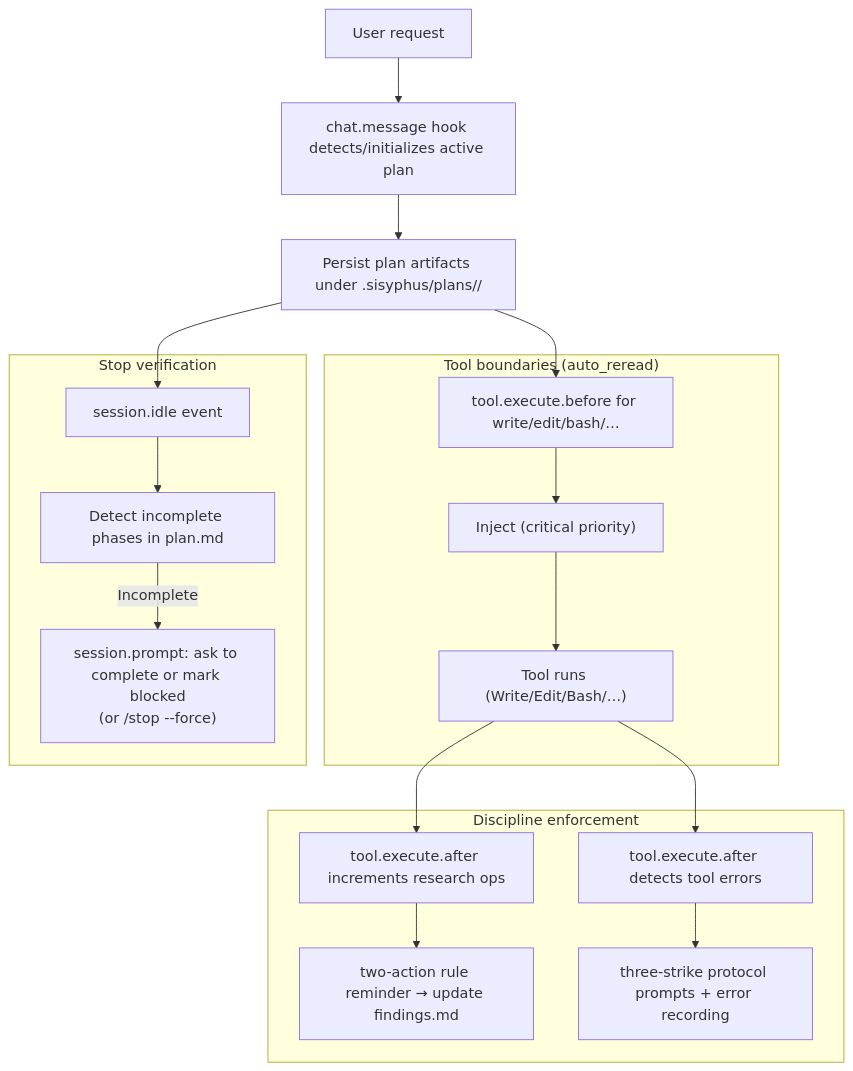
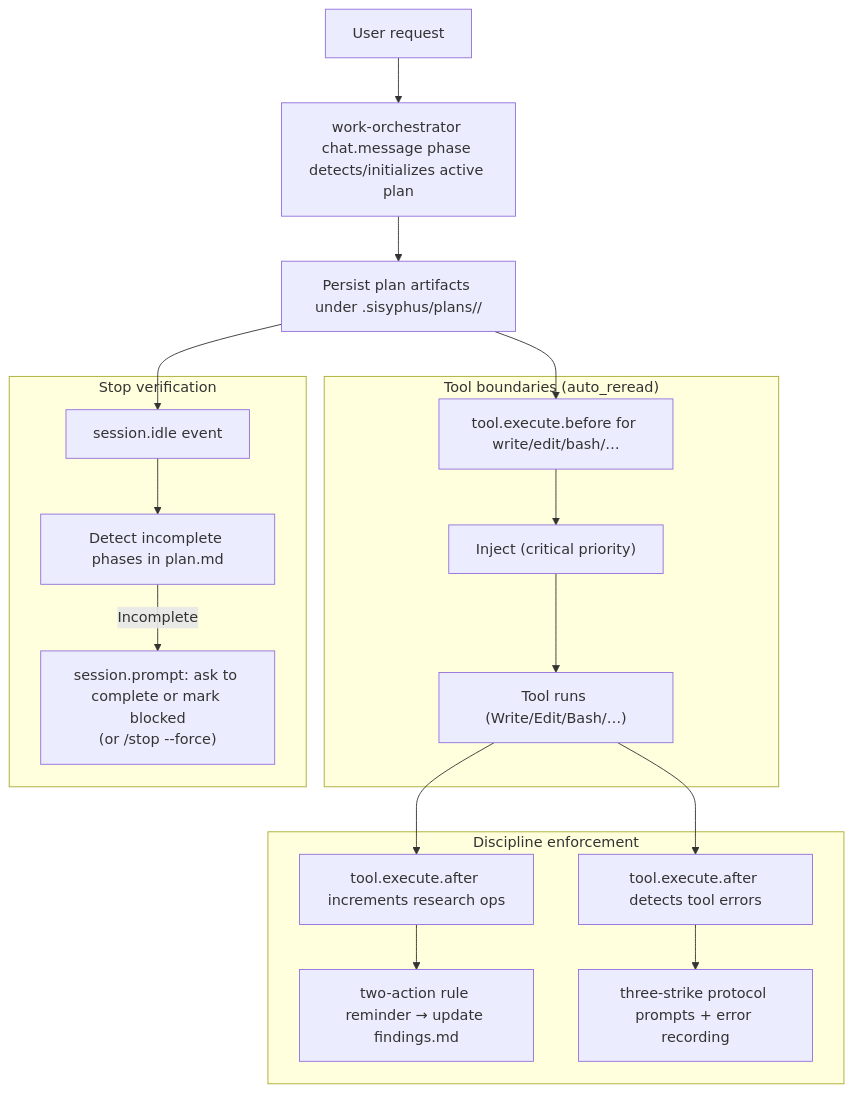
Before and after one commit to arcthur/oh-my-opencode: the first of 2 diagrams in docs/journeys/planning-with-files.md, drawn with Mermaid. The commit also changed other lines of this file and 62 other files, not shown here.

First line of the commit message:
feat!: unify orchestration under work-orchestrator with work-state v6

````diff
--- a/docs/journeys/planning-with-files.md
+++ b/docs/journeys/planning-with-files.md
@@ -10,25 +10,25 @@
 ```mermaid
 flowchart TD
-  U["User request"] --> CM["chat.message hook detects/initializes active plan"]
+  U["User request"] --> CM["work-orchestrator chat.message phase detects/initializes active plan"]
   CM --> FS["Persist plan artifacts under .sisyphus/plans/<plan>/"]
 
   subgraph ToolBoundary["Tool boundaries (auto_reread)"]
     TB["tool.execute.before for write/edit/bash/…"] --> INJ["Inject <plan-context> (critical priority)"]
     INJ --> TOOL["Tool runs (Write/Edit/Bash/…)"]
   end
 
   subgraph Discipline["Discipline enforcement"]
     TA["tool.execute.after increments research ops"] --> R2["two-action rule reminder → update findings.md"]
     ERR["tool.execute.after detects tool errors"] --> S3["three-strike protocol prompts + error recording"]
   end
 
   subgraph StopGuard["Stop verification"]
     IDLE["session.idle event"] --> CHECK["Detect incomplete phases in plan.md"]
     CHECK -->|Incomplete| PROMPT["session.prompt: ask to complete or mark blocked\n(or /stop --force)"]
   end
 
   FS --> TB
   TOOL --> TA
   TOOL --> ERR
   FS --> IDLE
 ```
````
